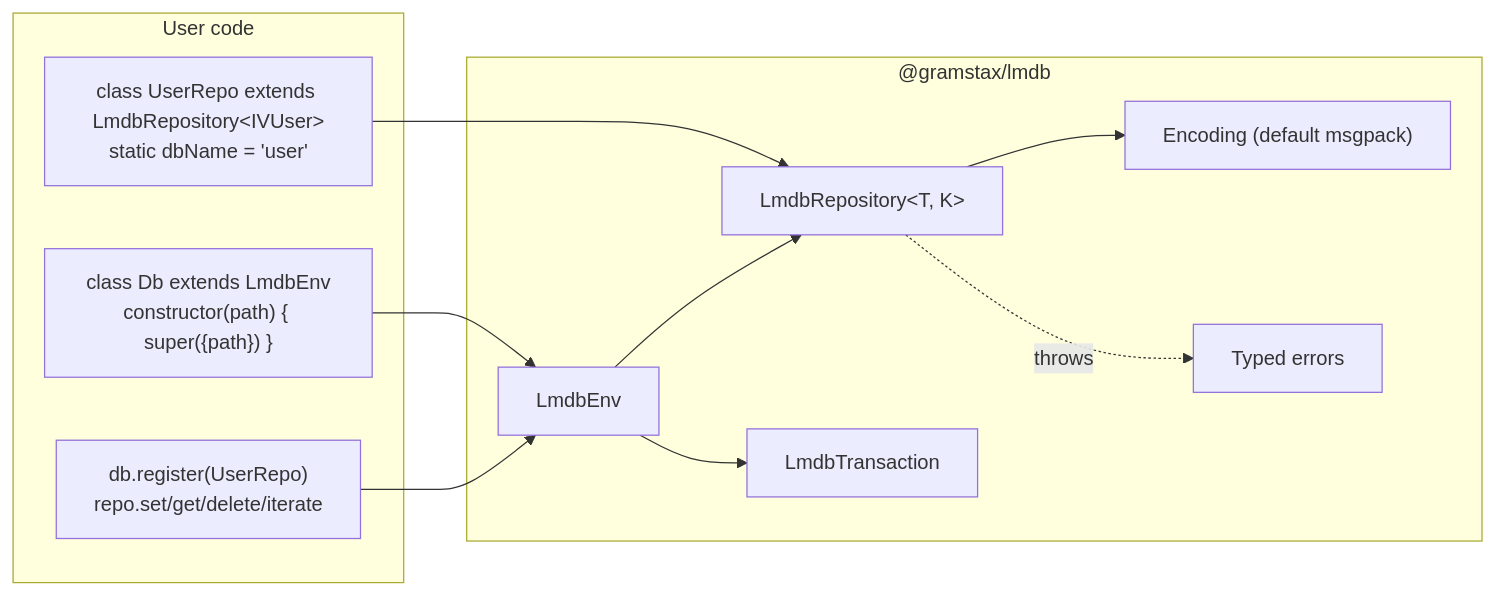
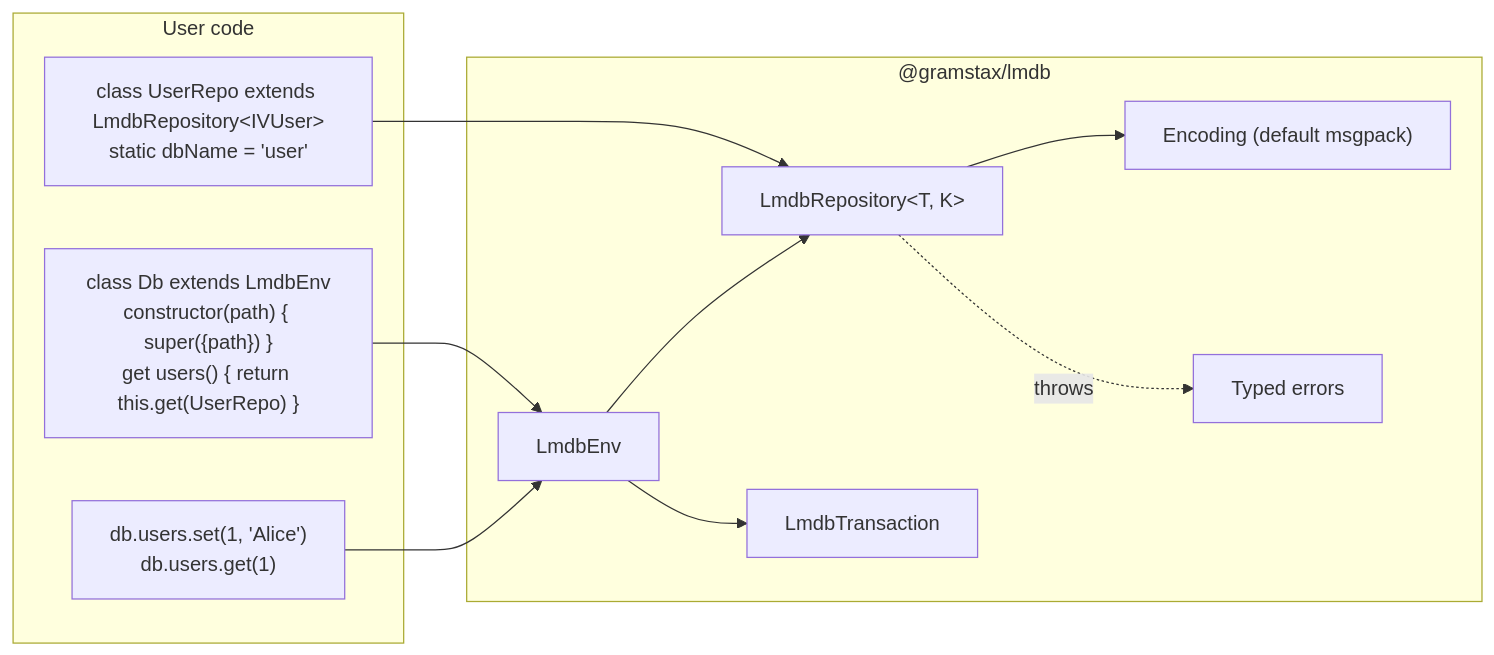
One commit to gramstax/gramstax changed the second of 3 diagrams in packages/lmdb/README.md. Above: the diagram before and after it, drawn with Mermaid. The commit also changed other lines of this file, not shown here.

First line of the commit message:
docs(lmdb): update examples to use db.users.get() getter pattern

````diff
--- a/packages/lmdb/README.md
+++ b/packages/lmdb/README.md
@@ -126,24 +130,24 @@
 ```mermaid
 flowchart LR
     subgraph User["User code"]
         Define["class UserRepo extends LmdbRepository&lt;IVUser&gt;<br/>static dbName = 'user'"]
-        Register["class Db extends LmdbEnv<br/>constructor(path) { super({path}) }"]
-        Use["db.register(UserRepo)<br/>repo.set/get/delete/iterate"]
+        register["class Db extends LmdbEnv<br/>constructor(path) { super({path}) }<br/>get users() { return this.get(UserRepo) }"]
+        Use["db.users.set(1, 'Alice')<br/>db.users.get(1)"]
     end
 
     subgraph Framework["@gramstax/lmdb"]
         Env["LmdbEnv"]
         Repo["LmdbRepository&lt;T, K&gt;"]
         Tx["LmdbTransaction"]
         Codec["Encoding (default msgpack)"]
         Errors["Typed errors"]
     end
 
     Define --> Repo
-    Register --> Env
+    register --> Env
     Use --> Env
     Env --> Repo
     Repo --> Codec
     Env --> Tx
     Repo -.throws.-> Errors
 ```
````
